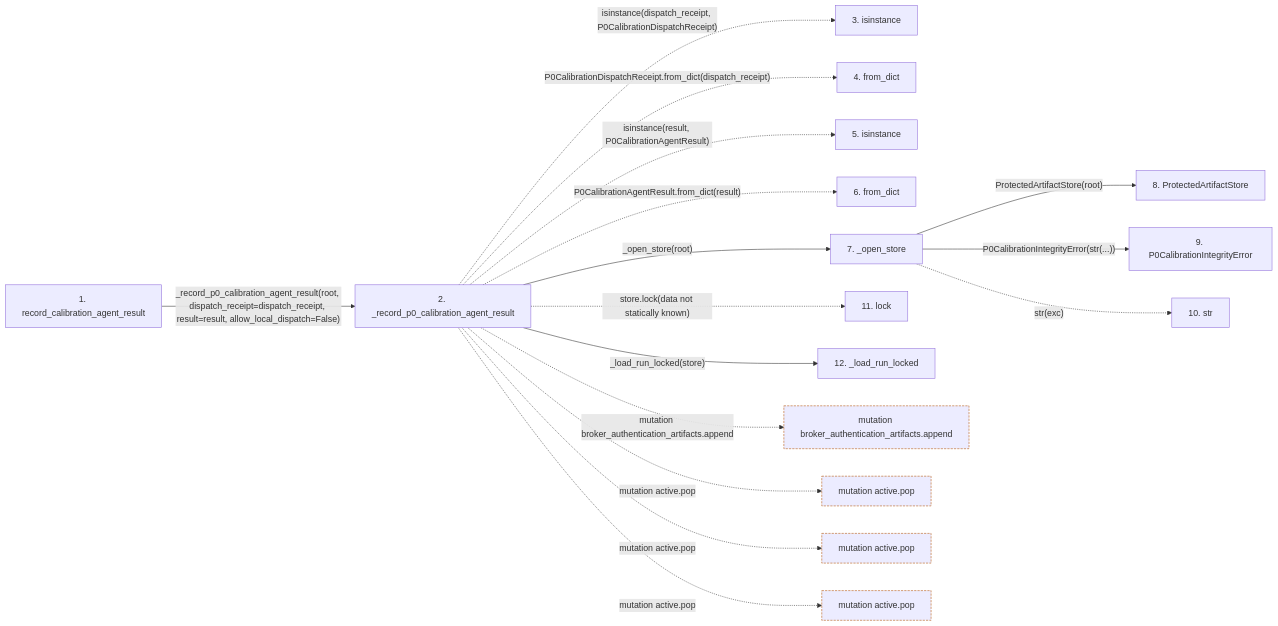
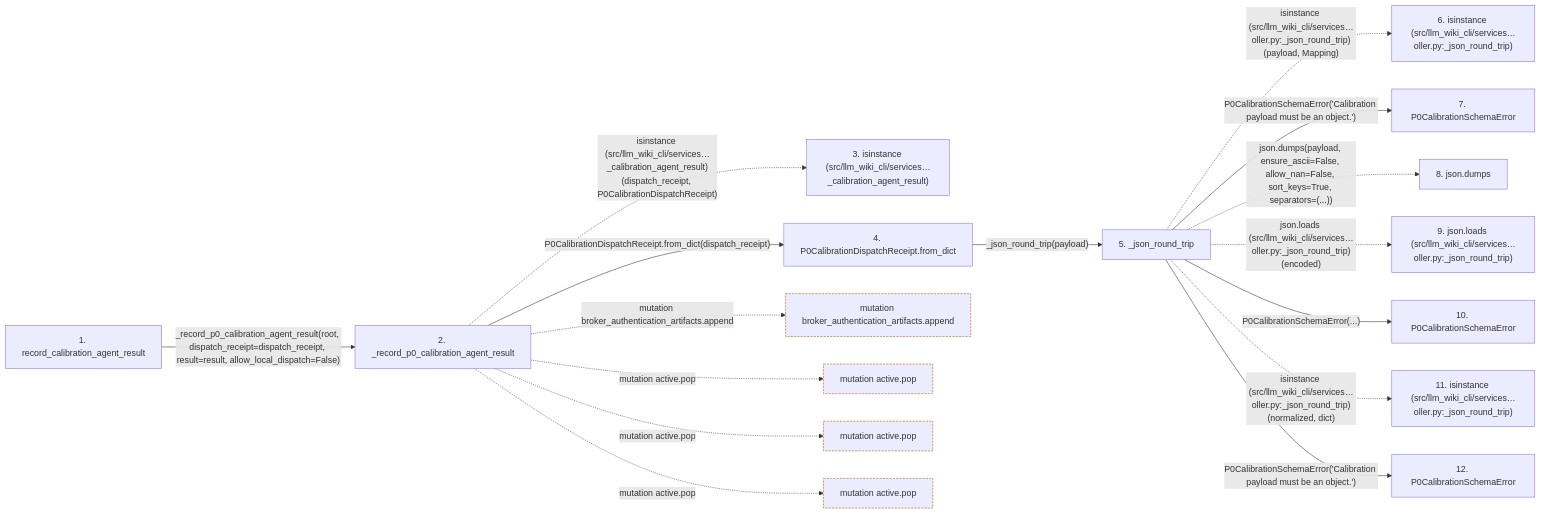
The second of 2 diagrams in docs/llm_wiki/flows/api-record_calibration_agent_result-controller.md (Denissvgn/python-wiki-llm), drawn with Mermaid before and after one commit. The commit also changed other lines of this file and 719 other files, not shown here.

````diff
--- a/docs/llm_wiki/flows/api-record_calibration_agent_result-controller.md
+++ b/docs/llm_wiki/flows/api-record_calibration_agent_result-controller.md
@@ -83,45 +80,46 @@
 ```mermaid
 flowchart LR
     s1["1. record_calibration_agent_result"]
     s2["2. _record_p0_calibration_agent_result"]
-    s3["3. isinstance"]
-    s4["4. from_dict"]
-    s5["5. isinstance"]
-    s6["6. from_dict"]
-    s7["7. _open_store"]
-    s8["8. ProtectedArtifactStore"]
-    s9["9. P0CalibrationIntegrityError"]
-    s10["10. str"]
-    s11["11. lock"]
-    s12["12. _load_run_locked"]
+    s3["3. isinstance (src/llm_wiki_cli/services…_calibration_agent_result)"]
+    s4["4. P0CalibrationDispatchReceipt.from_dict"]
+    s5["5. _json_round_trip"]
+    s6["6. isinstance (src/llm_wiki_cli/services…oller.py:_json_round_trip)"]
+    s7["7. P0CalibrationSchemaError"]
+    s8["8. json.dumps"]
+    s9["9. json.loads (src/llm_wiki_cli/services…oller.py:_json_round_trip)"]
+    s10["10. P0CalibrationSchemaError"]
+    s11["11. isinstance (src/llm_wiki_cli/services…oller.py:_json_round_trip)"]
+    s12["12. P0CalibrationSchemaError"]
     s1 -->|"_record_p0_calibration_agent_result(root, dispatch_receipt=dispatch_receipt, result=result, allow_local_dispatch=False)"| s2
-    s2 -. "isinstance(dispatch_receipt, P0CalibrationDispatchReceipt)" .-> s3
-    s2 -. "P0CalibrationDispatchReceipt.from_dict(dispatch_receipt)" .-> s4
-    s2 -. "isinstance(result, P0CalibrationAgentResult)" .-> s5
-    s2 -. "P0CalibrationAgentResult.from_dict(result)" .-> s6
-    s2 -->|"_open_store(root)"| s7
-    s7 -->|"ProtectedArtifactStore(root)"| s8
-    s7 -->|"P0CalibrationIntegrityError(str(...))"| s9
-    s7 -. "str(exc)" .-> s10
-    s2 -. "store.lock(data not statically known)" .-> s11
-    s2 -->|"_load_run_locked(store)"| s12
+    s2 -. "isinstance (src/llm_wiki_cli/services…_calibration_agent_result)(dispatch_receipt, P0CalibrationDispatchReceipt)" .-> s3
+    s2 -->|"P0CalibrationDispatchReceipt.from_dict(dispatch_receipt)"| s4
+    s4 -->|"_json_round_trip(payload)"| s5
+    s5 -. "isinstance (src/llm_wiki_cli/services…oller.py:_json_round_trip)(payload, Mapping)" .-> s6
+    s5 -->|"P0CalibrationSchemaError('Calibration payload must be an object.')"| s7
+    s5 -. "json.dumps(payload, ensure_ascii=False, allow_nan=False, sort_keys=True, separators=(...))" .-> s8
+    s5 -. "json.loads (src/llm_wiki_cli/services…oller.py:_json_round_trip)(encoded)" .-> s9
+    s5 -->|"P0CalibrationSchemaError(...)"| s10
+    s5 -. "isinstance (src/llm_wiki_cli/services…oller.py:_json_round_trip)(normalized, dict)" .-> s11
+    s5 -->|"P0CalibrationSchemaError('Calibration payload must be an object.')"| s12
     b0["mutation broker_authentication_artifacts.append"]
     s2 -. "mutation broker_authentication_artifacts.append" .-> b0
     b1["mutation active.pop"]
     s2 -. "mutation active.pop" .-> b1
     b2["mutation active.pop"]
     s2 -. "mutation active.pop" .-> b2
     b3["mutation active.pop"]
     s2 -. "mutation active.pop" .-> b3
     click s1 "../modules/controller.md"
     click s2 "../modules/controller.md"
+    click s4 "../modules/controller.md"
+    click s5 "../modules/controller.md"
     click s7 "../modules/controller.md"
-    click s8 "../modules/protected_artifacts.md"
-    click s9 "../modules/controller.md"
+    click s10 "../modules/controller.md"
     click s12 "../modules/controller.md"
     classDef boundary stroke:#b45309,stroke-dasharray: 4 2
     class b0 boundary
     class b1 boundary
     class b2 boundary
     class b3 boundary
 ```
````
